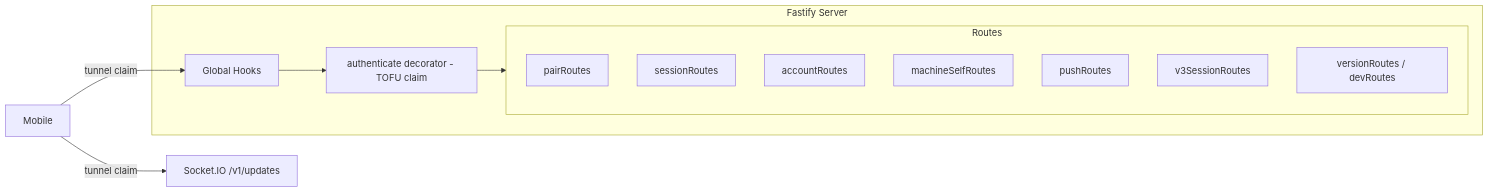
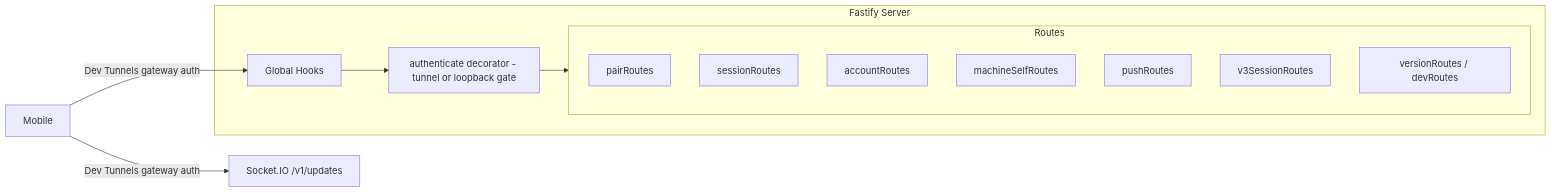
The third of 9 diagrams in docs/backend-architecture.md (Evyatar108/happy), drawn with Mermaid before and after one commit. The commit also changed other lines of this file and 20 other files, not shown here.

````diff
--- a/docs/backend-architecture.md
+++ b/docs/backend-architecture.md
@@ -121,23 +121,23 @@
 ```mermaid
 graph LR
     subgraph "Fastify Server"
         Hooks[Global Hooks]
-        Auth[authenticate decorator - TOFU claim]
+        Auth[authenticate decorator - tunnel or loopback gate]
 
         subgraph Routes
             direction TB
             R1[pairRoutes]
             R2[sessionRoutes]
             R3[accountRoutes]
             R4[machineSelfRoutes]
             R5[pushRoutes]
             R6[v3SessionRoutes]
             R7[versionRoutes / devRoutes]
         end
     end
 
     SocketIO[Socket.IO /v1/updates]
 
-    Mobile -->|tunnel claim| Hooks --> Auth --> Routes
-    Mobile -->|tunnel claim| SocketIO
+    Mobile -->|Dev Tunnels gateway auth| Hooks --> Auth --> Routes
+    Mobile -->|Dev Tunnels gateway auth| SocketIO
 ```
````
